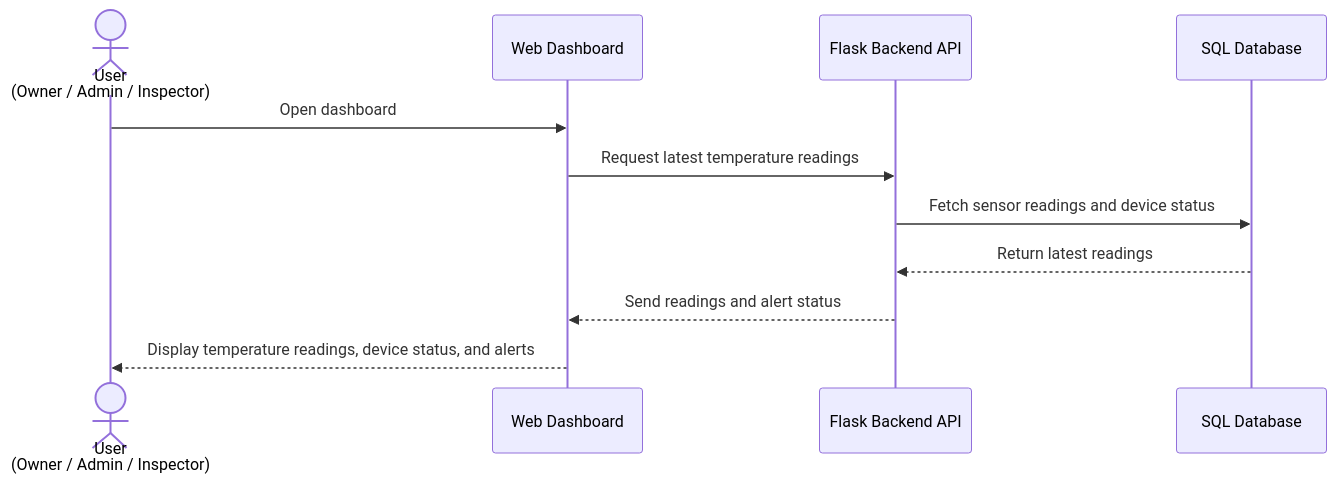
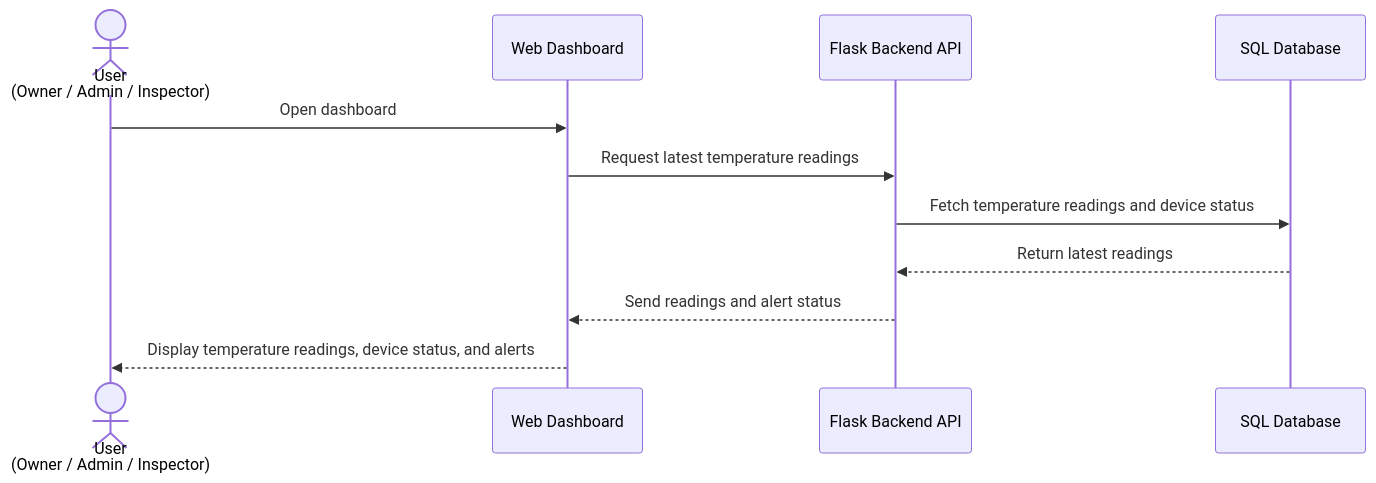
Before and after one commit to rabea14180-max/Portfolio-Project: the sixth of 9 diagrams in Stage 3/Technical Documentation.md, drawn with Mermaid. The commit also changed other lines of this file, not shown here.

````diff
--- a/Stage 3/Technical Documentation.md
+++ b/Stage 3/Technical Documentation.md
@@ -776,14 +932,14 @@
 ```mermaid
 sequenceDiagram
     actor User as User<br/>(Owner / Admin / Inspector)
     participant Dashboard as Web Dashboard
     participant API as Flask Backend API
     participant DB as SQL Database
 
     User->>Dashboard: Open dashboard
     Dashboard->>API: Request latest temperature readings
-    API->>DB: Fetch sensor readings and device status
+    API->>DB: Fetch temperature readings and device status
     DB-->>API: Return latest readings
     API-->>Dashboard: Send readings and alert status
     Dashboard-->>User: Display temperature readings, device status, and alerts
 ```
````
